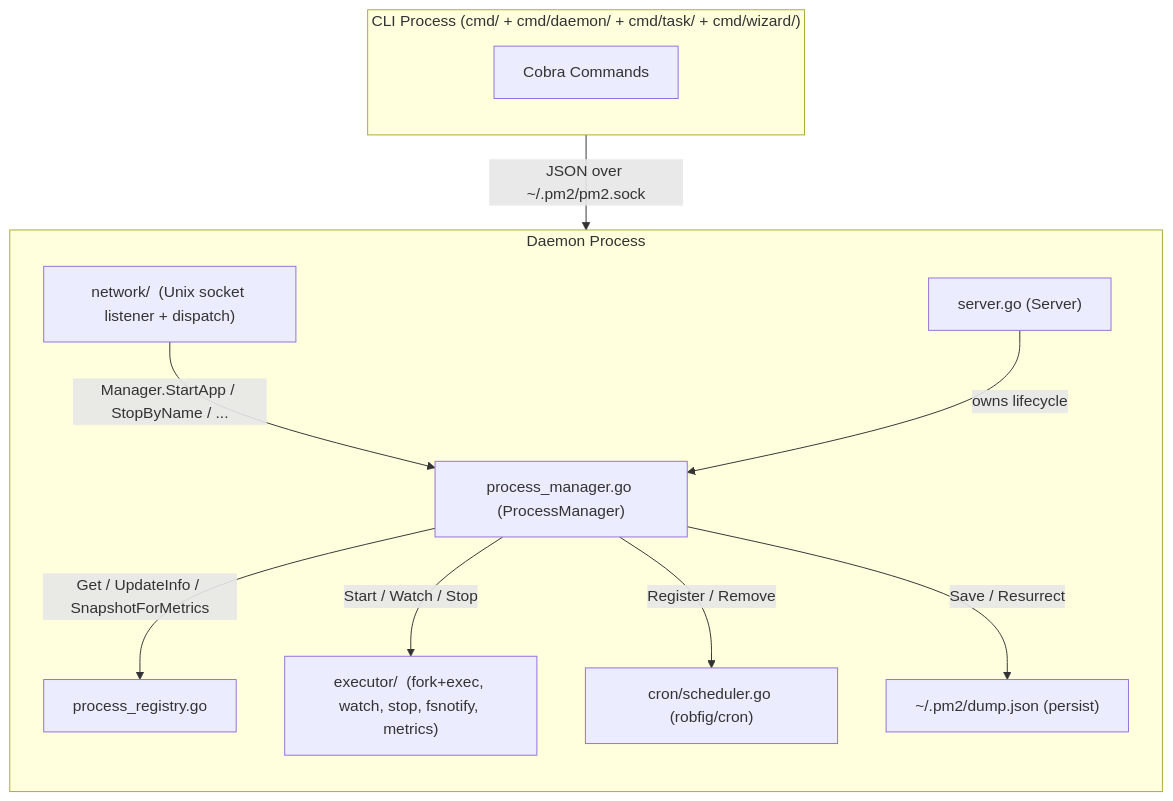
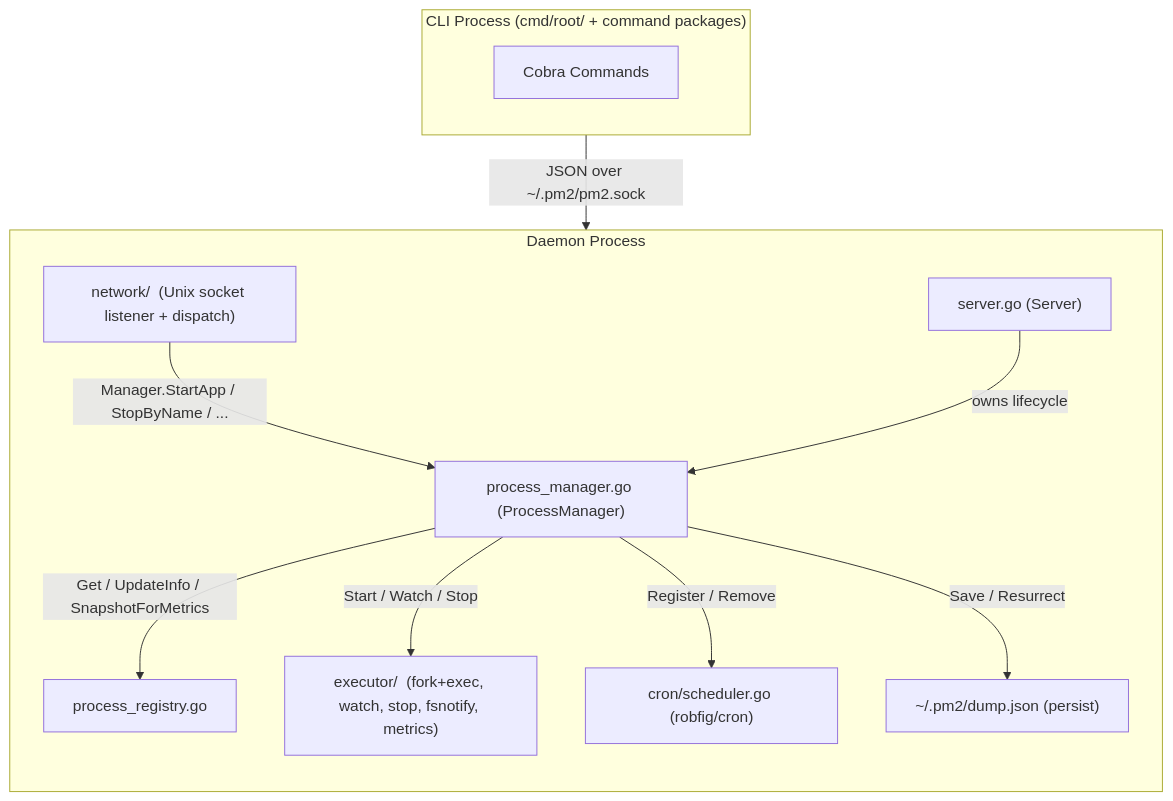
Before and after one commit to BizShuk/pm2: the diagram in CLAUDE.md, drawn with Mermaid. The commit also changed other lines of this file and 17 other files, not shown here.

Commit message:
refactor: implement one-letter command aliases and formalize command namespace structure with dedicated root command logic and testing.

````diff
--- a/CLAUDE.md
+++ b/CLAUDE.md
@@ -11,27 +11,27 @@
 ```mermaid
 flowchart TD
-    subgraph CLI ["CLI Process (cmd/ + cmd/daemon/ + cmd/task/ + cmd/wizard/)"]
+    subgraph CLI ["CLI Process (cmd/root/ + command packages)"]
         direction TB
         C["Cobra Commands"]
     end
 
     subgraph Daemon ["Daemon Process"]
         direction TB
         N["network/  (Unix socket listener + dispatch)"]
         S["server.go (Server)"]
         PM["process_manager.go (ProcessManager)"]
         R["process_registry.go"]
         E["executor/  (fork+exec, watch, stop, fsnotify, metrics)"]
         CR["cron/scheduler.go (robfig/cron)"]
         D["~/.pm2/dump.json (persist)"]
 
         N -->|"Manager.StartApp / StopByName / ..."| PM
         S -->|"owns lifecycle"| PM
         PM -->|"Get / UpdateInfo / SnapshotForMetrics"| R
         PM -->|"Start / Watch / Stop"| E
         PM -->|"Register / Remove"| CR
         PM -->|"Save / Resurrect"| D
     end
 
     C -- "JSON over ~/.pm2/pm2.sock" --> N
 ```
````
